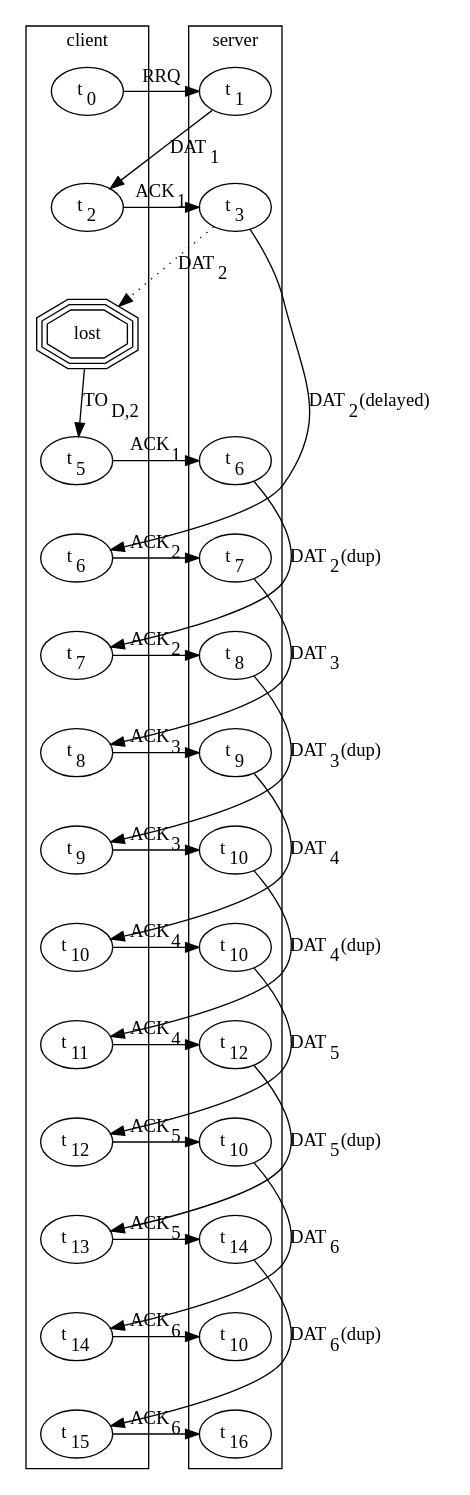
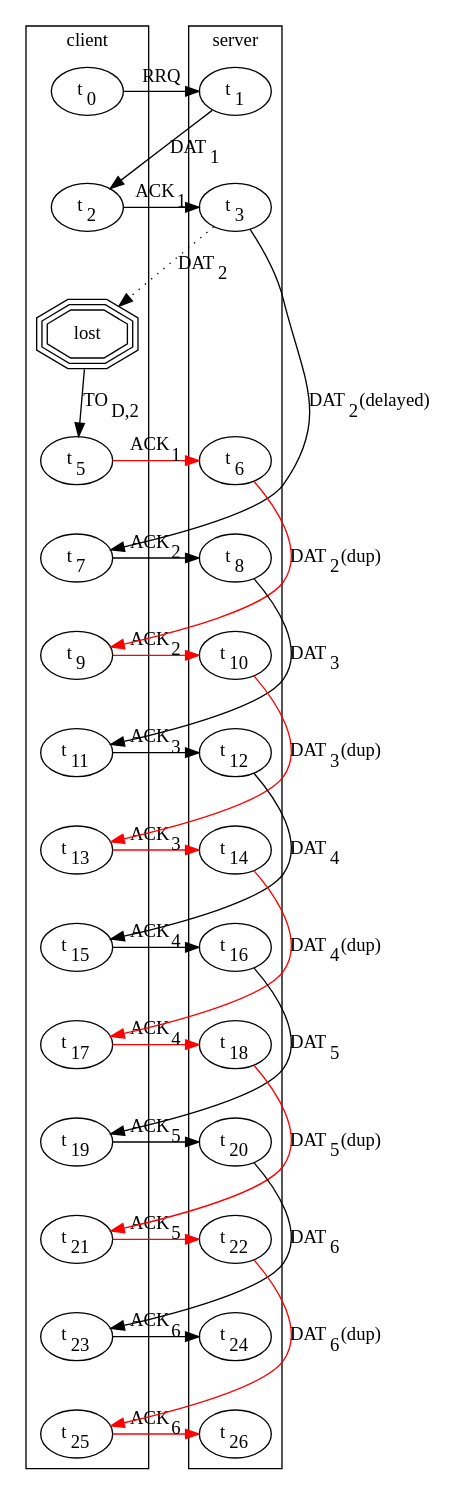
Before and after one commit to piratejon/tftp-den-sem-poster: the diagram in figure3a.dot, drawn with Graphviz.

Commit message:
better numbers for figure 3

```diff
--- a/figure3a.dot
+++ b/figure3a.dot
@@ -1,77 +1,81 @@
 digraph {
   subgraph cluster_client {
     label="client"
-    client_t0 -> client_t2 -> client_lost_t4 -> client_t5 -> client_t6 ->
-    client_t7 -> client_t8 -> client_t9 -> client_t10 -> client_t11 ->
-    client_t12 -> client_t13 -> client_t14 -> client_t15 [style=invis];
+    client_t0 -> client_t2 -> client_lost_t4 ->
+    client_t5 -> client_t7 -> client_t9 -> client_t11 ->
+    client_t13 -> client_t15 -> client_t17 -> client_t19 ->
+    client_t21 -> client_t23 -> client_t25 [style=invis];
     "client_lost_t4" -> "client_t5" [label=<TO<SUB>D,2</SUB>>];
   }
 
   subgraph cluster_server {
     label="server"
-    server_t1 -> server_t3 -> server_dummy_0 -> server_t6 -> server_t7 ->
-    server_t8 -> server_t9 -> server_t10 -> server_t11 -> server_t12 ->
-    server_t13 -> server_t14 -> server_t15 -> server_t16 [style=invis];
+    server_t1 -> server_t3 -> server_dummy_0 ->
+    server_t6 -> server_t8 -> server_t10 -> server_t12 ->
+    server_t14 -> server_t16 -> server_t18 -> server_t20 ->
+    server_t22 -> server_t24 -> server_t26
+    [style=invis];
   }
 
   client_t0[label=<t<SUB>0</SUB>>];
   client_t2[label=<t<SUB>2</SUB>>];
   client_t5[label=<t<SUB>5</SUB>>];
-  client_t6[label=<t<SUB>6</SUB>>];
   client_t7[label=<t<SUB>7</SUB>>];
-  client_t8[label=<t<SUB>8</SUB>>];
   client_t9[label=<t<SUB>9</SUB>>];
-  client_t10[label=<t<SUB>10</SUB>>];
   client_t11[label=<t<SUB>11</SUB>>];
-  client_t12[label=<t<SUB>12</SUB>>];
   client_t13[label=<t<SUB>13</SUB>>];
-  client_t14[label=<t<SUB>14</SUB>>];
   client_t15[label=<t<SUB>15</SUB>>];
+  client_t17[label=<t<SUB>17</SUB>>];
+  client_t19[label=<t<SUB>19</SUB>>];
+  client_t21[label=<t<SUB>21</SUB>>];
+  client_t23[label=<t<SUB>23</SUB>>];
+  client_t25[label=<t<SUB>25</SUB>>]; 
 
   server_t1[label=<t<SUB>1</SUB>>];
   server_t3[label=<t<SUB>3</SUB>>];
   server_t6[label=<t<SUB>6</SUB>>];
-  server_t7[label=<t<SUB>7</SUB>>];
   server_t8[label=<t<SUB>8</SUB>>];
-  server_t9[label=<t<SUB>9</SUB>>];
   server_t10[label=<t<SUB>10</SUB>>];
-  server_t11[label=<t<SUB>10</SUB>>];
   server_t12[label=<t<SUB>12</SUB>>];
-  server_t13[label=<t<SUB>10</SUB>>];
   server_t14[label=<t<SUB>14</SUB>>];
-  server_t15[label=<t<SUB>10</SUB>>];
   server_t16[label=<t<SUB>16</SUB>>];
+  server_t18[label=<t<SUB>18</SUB>>];
+  server_t20[label=<t<SUB>20</SUB>>];
+  server_t22[label=<t<SUB>22</SUB>>];
+  server_t24[label=<t<SUB>24</SUB>>];
+  server_t26[label=<t<SUB>26</SUB>>];
 
   server_dummy_0[style="invisible",label="lol"];
 
   client_lost_t4[shape="tripleoctagon", label="lost"];
 
   // main sequence, DAT2 is delayed causing TO_D2
   "client_t0" -> "server_t1" [constraint=false,label="RRQ"];
   "server_t1" -> "client_t2" [constraint=false,label=<DAT<SUB>1</SUB>>];
   "client_t2" -> "server_t3" [constraint=false,label=<ACK<SUB>1</SUB>>];
+
   "server_t3" -> "client_lost_t4" [constraint=false,label=<DAT<SUB>2</SUB>>,style="dotted"];
-  "client_t5" -> "server_t6" [constraint=false,label=<ACK<SUB>1</SUB>>];
-  "server_t6" -> "client_t7" [constraint=false,label=<DAT<SUB>2</SUB> (dup)>];
-  "client_t7" -> "server_t8" [constraint=false,label=<ACK<SUB>2</SUB>>];
-  "server_t8" -> "client_t9" [constraint=false,label=<DAT<SUB>3</SUB> (dup)>];
-  "client_t9" -> "server_t10" [constraint=false,label=<ACK<SUB>3</SUB>>];
-  "server_t10" -> "client_t11" [constraint=false,label=<DAT<SUB>4</SUB> (dup)>];
-  "client_t11" -> "server_t12" [constraint=false,label=<ACK<SUB>4</SUB>>];
-  "server_t12" -> "client_t13" [constraint=false,label=<DAT<SUB>5</SUB> (dup)>];
-  "client_t13" -> "server_t14" [constraint=false,label=<ACK<SUB>5</SUB>>];
-  "server_t14" -> "client_t15" [constraint=false,label=<DAT<SUB>6</SUB> (dup)>];
-  "client_t15" -> "server_t16" [constraint=false,label=<ACK<SUB>6</SUB>>];
+  "client_t5" -> "server_t6" [constraint=false,label=<ACK<SUB>1</SUB>>,color="red"];
+  "server_t6" -> "client_t9" [constraint=false,label=<DAT<SUB>2</SUB> (dup)>,color="red"];
+  "client_t9" -> "server_t10" [constraint=false,label=<ACK<SUB>2</SUB>>,color="red"];
+  "server_t10" -> "client_t13" [constraint=false,label=<DAT<SUB>3</SUB> (dup)>,color="red"];
+  "client_t13" -> "server_t14" [constraint=false,label=<ACK<SUB>3</SUB>>,color="red"];
+  "server_t14" -> "client_t17" [constraint=false,label=<DAT<SUB>4</SUB> (dup)>,color="red"];
+  "client_t17" -> "server_t18" [constraint=false,label=<ACK<SUB>4</SUB>>,color="red"];
+  "server_t18" -> "client_t21" [constraint=false,label=<DAT<SUB>5</SUB> (dup)>,color="red"];
+  "client_t21" -> "server_t22" [constraint=false,label=<ACK<SUB>5</SUB>>,color="red"];
+  "server_t22" -> "client_t25" [constraint=false,label=<DAT<SUB>6</SUB> (dup)>,color="red"];
+  "client_t25" -> "server_t26" [constraint=false,label=<ACK<SUB>6</SUB>>,color="red"];
 
   // 2nd sequence begins when first DAT2 arrives
-  "server_t3" -> "client_t6" [constraint=false,label=<DAT<SUB>2</SUB> (delayed)>];
-  "client_t6" -> "server_t7" [constraint=false,label=<ACK<SUB>2</SUB>>]; // late sequence begins
-  "server_t7" -> "client_t8" [constraint=false,label=<DAT<SUB>3</SUB>>];
-  "client_t8" -> "server_t9" [constraint=false,label=<ACK<SUB>3</SUB>>]; // late sequence begins
-  "server_t9" -> "client_t10" [constraint=false,label=<DAT<SUB>4</SUB>>];
-  "client_t10" -> "server_t11" [constraint=false,label=<ACK<SUB>4</SUB>>]; // late sequence begins
-  "server_t11" -> "client_t12" [constraint=false,label=<DAT<SUB>5</SUB>>];
-  "client_t12" -> "server_t13" [constraint=false,label=<ACK<SUB>5</SUB>>]; // late sequence begins
-  "server_t13" -> "client_t14" [constraint=false,label=<DAT<SUB>6</SUB>>];
-  "client_t14" -> "server_t15" [constraint=false,label=<ACK<SUB>6</SUB>>]; // late sequence begins
+  "server_t3" -> "client_t7" [constraint=false,label=<DAT<SUB>2</SUB> (delayed)>];
+  "client_t7" -> "server_t8" [constraint=false,label=<ACK<SUB>2</SUB>>]; // late sequence begins
+  "server_t8" -> "client_t11" [constraint=false,label=<DAT<SUB>3</SUB>>];
+  "client_t11" -> "server_t12" [constraint=false,label=<ACK<SUB>3</SUB>>]; // late sequence begins
+  "server_t12" -> "client_t15" [constraint=false,label=<DAT<SUB>4</SUB>>];
+  "client_t15" -> "server_t16" [constraint=false,label=<ACK<SUB>4</SUB>>]; // late sequence begins
+  "server_t16" -> "client_t19" [constraint=false,label=<DAT<SUB>5</SUB>>];
+  "client_t19" -> "server_t20" [constraint=false,label=<ACK<SUB>5</SUB>>]; // late sequence begins
+  "server_t20" -> "client_t23" [constraint=false,label=<DAT<SUB>6</SUB>>];
+  "client_t23" -> "server_t24" [constraint=false,label=<ACK<SUB>6</SUB>>]; // late sequence begins
 }
```
